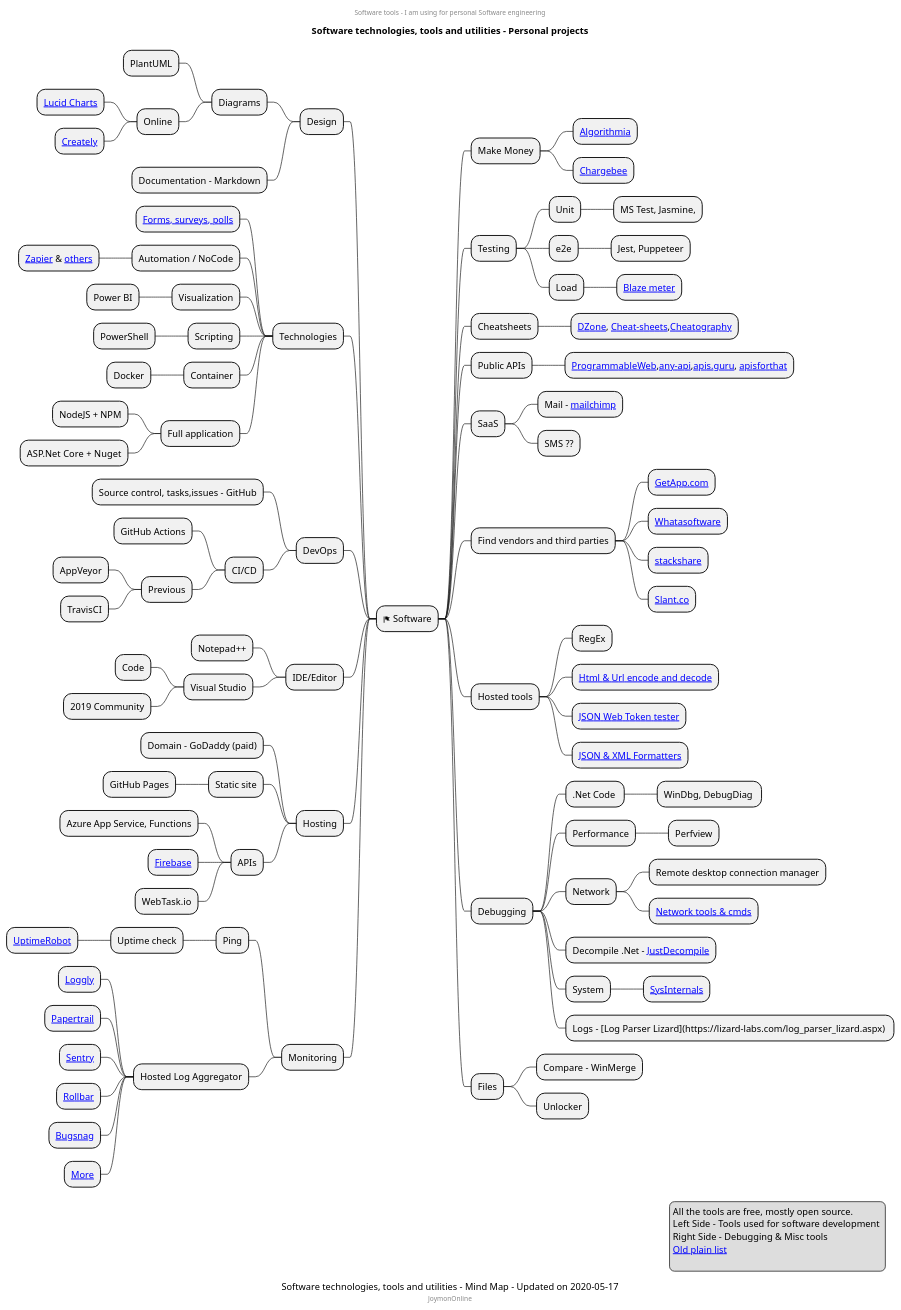
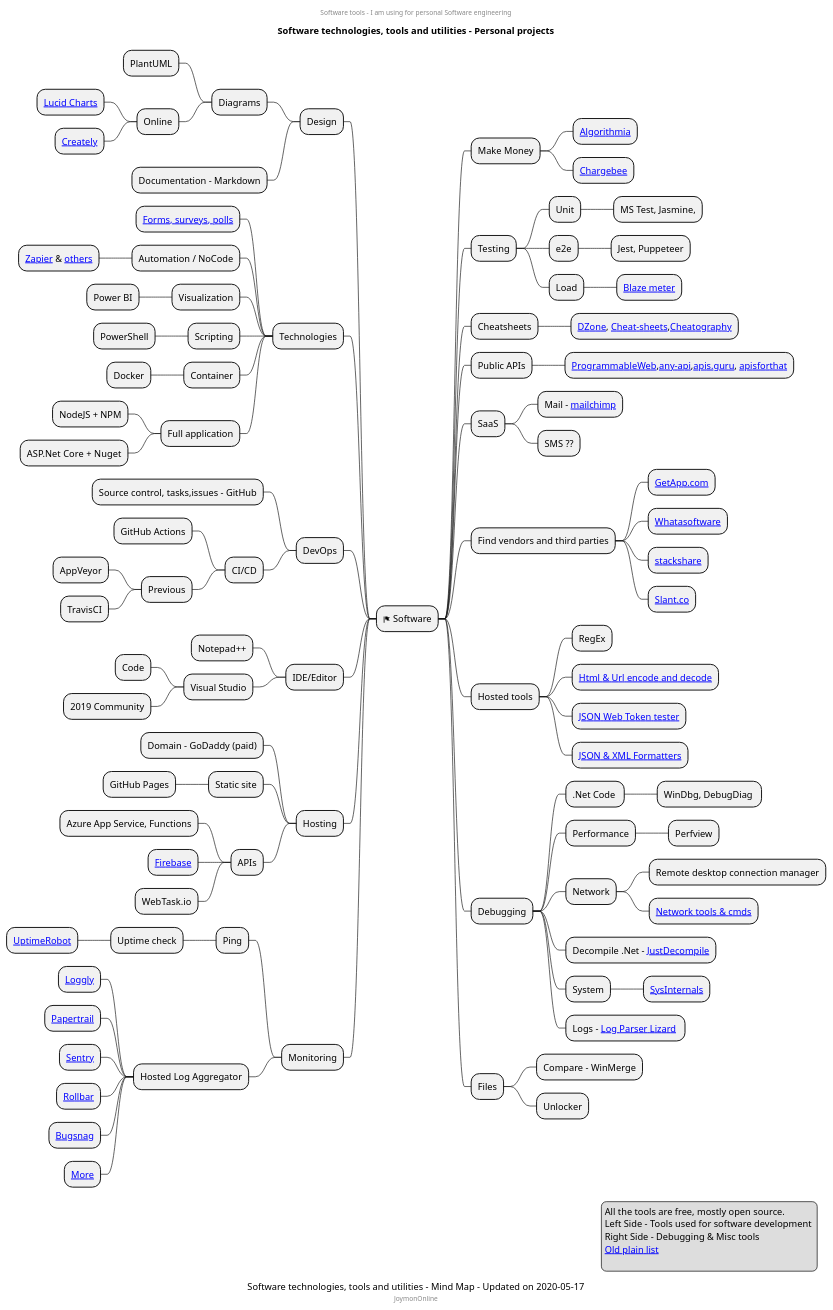
The diagram in software-tools/software-engineering-tools.puml (mind-maps/software), drawn with PlantUML before and after one commit.

```diff
--- a/software-tools/software-engineering-tools.puml
+++ b/software-tools/software-engineering-tools.puml
@@ -1,117 +1,117 @@
 @startmindmap
 center header
 Software tools - I am using for personal Software engineering
 endheader
 title Software technologies, tools and utilities - Personal projects
 caption Software technologies, tools and utilities - Mind Map - Updated on 2020-05-17
 center footer JoymonOnline
 * <&flag> Software
 ** Make Money
 *** [[Algorithmia.com Algorithmia]]
 *** [[https://www.chargebee.com/pricing Chargebee]]
 ** Testing
 *** Unit
 **** MS Test, Jasmine,
 *** e2e
 **** Jest, Puppeteer
 *** Load
 **** [[http://blazemeter.com Blaze meter]]
 
 ** Cheatsheets
 *** [[https://dzone.com/refcardz DZone]], [[http://www.cheat-sheets.org/ Cheat-sheets]],[[https://www.cheatography.com/ Cheatography]]
 ** Public APIs
 *** [[https://www.programmableweb.com/ ProgrammableWeb]],[[https://any-api.com/ any-api]],[[https://apis.guru/browse-apis/ apis.guru]], [[http://www.apiforthat.com/ apisforthat]]
 ** SaaS
 *** Mail - [[https://mailchimp.com/ mailchimp]]
 *** SMS ??
 ** Find vendors and third parties
 *** [[https://www.getapp.com/ GetApp.com]]
 *** [[https://www.whatasoftware.com/ Whatasoftware]]
 *** [[https://stackshare.io/ stackshare]]
 *** [[https://www.slant.co/ Slant.co]]
 ** Hosted tools
 *** RegEx
 *** [[https://countwordsfree.com/text-encode Html & Url encode and decode]]
 *** [[https://jwt.io JSON Web Token tester]]
 *** [[https://countwordsfree.com/jsonviewer JSON & XML Formatters]]
 ** Debugging
 *** .Net Code 
 **** WinDbg, DebugDiag 
 *** Performance
 **** Perfview
 *** Network
 **** Remote desktop connection manager
 **** [[http://www.plantuml.com/plantuml/proxy?fmt=svg&cache=no&src=https://raw.githubusercontent.com/mind*maps/software/master/debugging/windows*network*debugging.puml Network tools & cmds]]
 *** Decompile .Net - [[https://www.telerik.com/products/decompiler.aspx JustDecompile]]
 *** System
 **** [[https://docs.microsoft.com/en-us/sysinternals/ SysInternals]]
-*** Logs - [Log Parser Lizard](https://lizard-labs.com/log_parser_lizard.aspx) 
+*** Logs - [[https://lizard-labs.com/log_parser_lizard.aspx Log Parser Lizard]] 
 
 ** Files
 *** Compare - WinMerge
 *** Unlocker
 
 left side
 
 ** Design
 *** Diagrams
 **** PlantUML
 **** Online
 ***** [[https://lucid.app Lucid Charts]]
 ***** [[https://creately.com Creately]]
 *** Documentation - Markdown
 ** Technologies
 *** [[https://forms.microsoft.com/ Forms, surveys, polls]]
 *** Automation / NoCode
 **** [[https://zapier.com/home Zapier]] & [[https://gist.github.com/joymon/89aeb18bef588895426b46a54e2ba970 others]]
 *** Visualization
 **** Power BI
 *** Scripting
 **** PowerShell
 *** Container
 **** Docker
 *** Full application
 **** NodeJS + NPM
 **** ASP.Net Core + Nuget
 
 ** DevOps
 *** Source control, tasks,issues - GitHub
 *** CI/CD
 **** GitHub Actions
 **** Previous
 ***** AppVeyor
 ***** TravisCI
 ** IDE/Editor
 *** Notepad++
 *** Visual Studio
 **** Code
 **** 2019 Community
 
 ** Hosting
 *** Domain - GoDaddy (paid)
 *** Static site
 **** GitHub Pages
 *** APIs
 **** Azure App Service, Functions
 **** [[https://firebase.google.com/pricing Firebase]]
 **** WebTask.io
 ** Monitoring
 *** Ping
 **** Uptime check
 ***** [[https://uptimerobot.com/pricing UptimeRobot]]
 
 *** Hosted Log Aggregator
 **** [[https://www.loggly.com/plans-and-pricing/ Loggly]]
 **** [[https://www.papertrail.com/plans/ Papertrail]]
 **** [[https://sentry.io/pricing/ Sentry]]
 **** [[https://rollbar.com/pricing/ Rollbar]]
 **** [[https://www.bugsnag.com/pricing Bugsnag]]
 **** [[https://github.com/cheeaun/javascript-error-logging More]]
 legend right
 All the tools are free, mostly open source.
 Left Side - Tools used for software development 
 Right Side - Debugging & Misc tools
 [[https://joymonscode.blogspot.com/2017/05/toolbox-for-open-source-developers.html Old plain list]]
   
 endlegend
 @endmindmap
```
